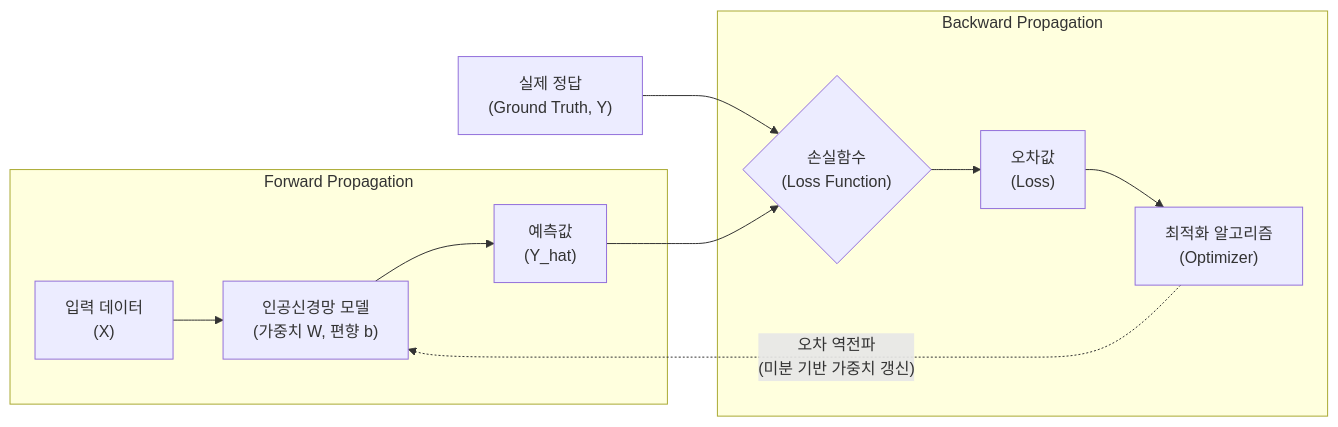
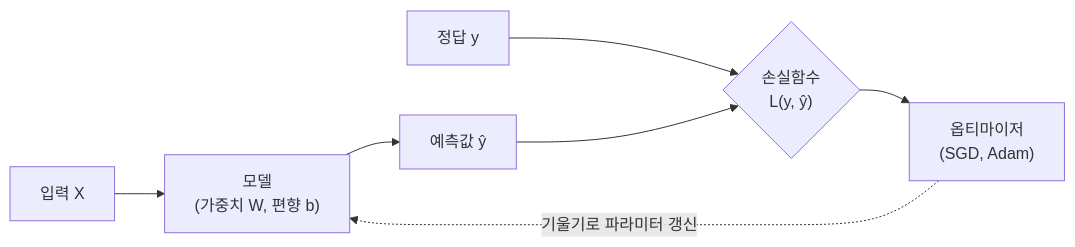
The diagram in content/01_IT Tech/손실함수.md (supremethumb/supremethumb.github.io), drawn with Mermaid before and after one commit. The commit also changed other lines of this file and 1087 other files, not shown here.

````diff
--- a/content/01_IT Tech/손실함수.md
+++ b/content/01_IT Tech/손실함수.md
@@ -27,17 +35,9 @@
 ```mermaid
 flowchart LR
-    subgraph Forward Propagation
-        X["입력 데이터<br/>(X)"] --> M["인공신경망 모델<br/>(가중치 W, 편향 b)"]
-        M --> Y_hat["예측값<br/>(Y_hat)"]
-    end
-
-    Y["실제 정답<br/>(Ground Truth, Y)"] --> L{"손실함수<br/>(Loss Function)"}
-    Y_hat --> L
-
-    subgraph Backward Propagation
-        L --> V["오차값<br/>(Loss)"]
-        V --> O["최적화 알고리즘<br/>(Optimizer)"]
-        O -. "오차 역전파<br/>(미분 기반 가중치 갱신)" .-> M
-    end
-
+    X["입력 X"] --> M["모델<br/>(가중치 W, 편향 b)"]
+    M --> YH["예측값 ŷ"]
+    Y["정답 y"] --> L{"손실함수<br/>L(y, ŷ)"}
+    YH --> L
+    L --> O["옵티마이저<br/>(SGD, Adam)"]
+    O -. "기울기로 파라미터 갱신" .-> M
 ```
````
